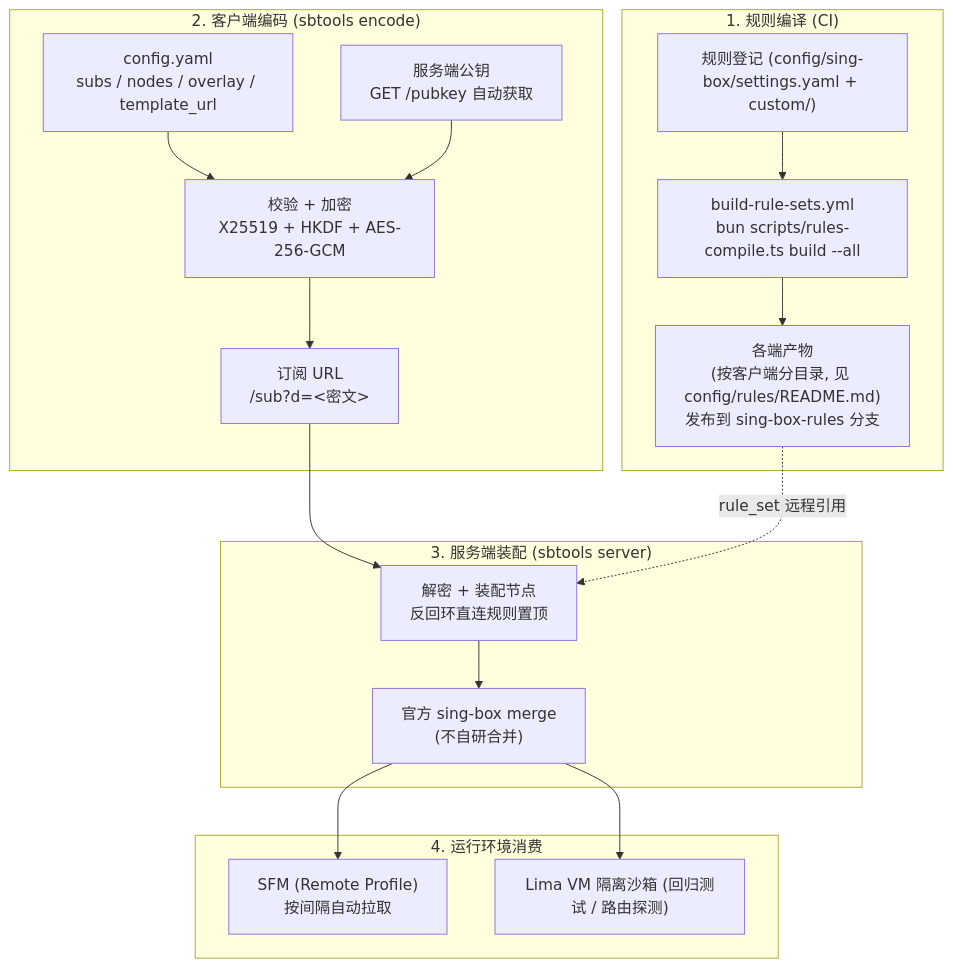
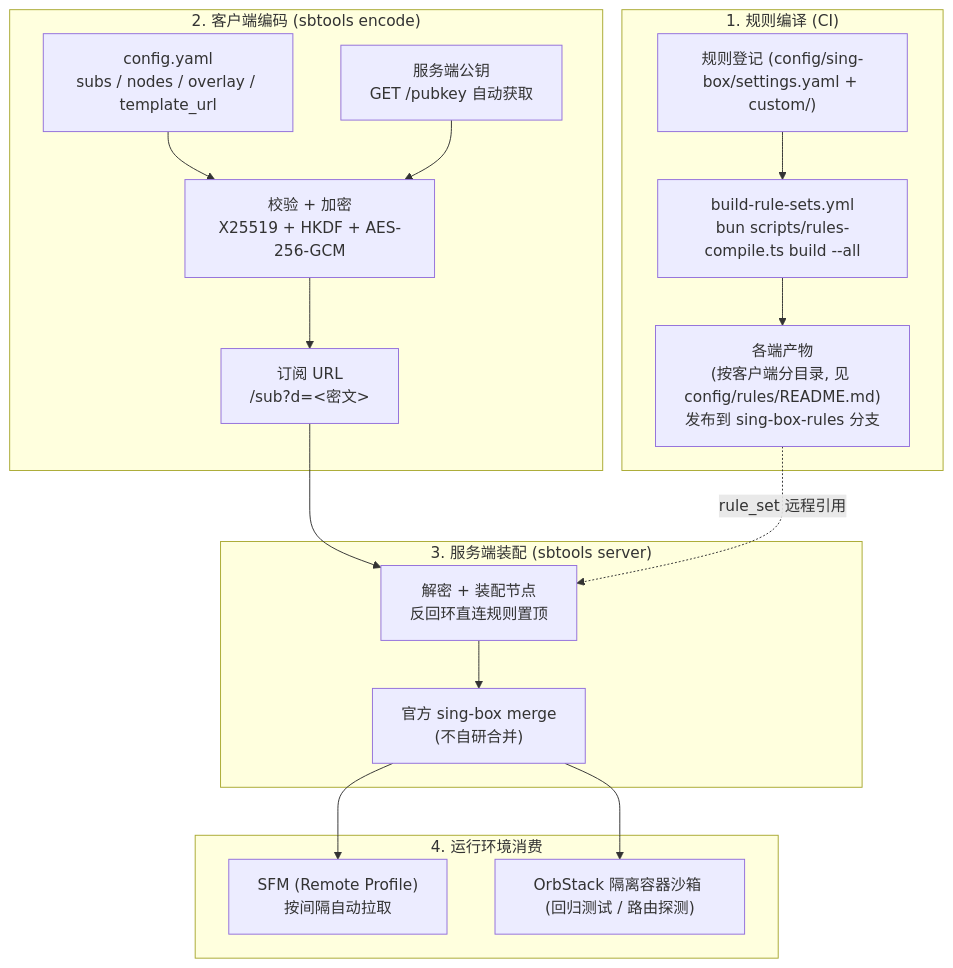
The first of 3 diagrams in docs/ARCH.md (shelken/proxy), drawn with Mermaid before and after one commit. The commit also changed other lines of this file and 37 other files, not shown here.

````diff
--- a/docs/ARCH.md
+++ b/docs/ARCH.md
@@ -24,24 +24,24 @@
 ```mermaid
 flowchart TD
     subgraph S1 ["1. 规则编译 (CI)"]
         R_SRC["规则登记 (config/sing-box/settings.yaml + custom/)"] --> GHA["build-rule-sets.yml\nbun scripts/rules-compile.ts build --all"]
         GHA --> R_BIN["各端产物\n(按客户端分目录, 见 config/rules/README.md)\n发布到 sing-box-rules 分支"]
     end
 
     subgraph S2 ["2. 客户端编码 (sbtools encode)"]
         YAML["config.yaml\nsubs / nodes / overlay / template_url"] --> ENC["校验 + 加密\nX25519 + HKDF + AES-256-GCM"]
         PK["服务端公钥\nGET /pubkey 自动获取"] --> ENC
         ENC --> URL["订阅 URL\n/sub?d=&lt;密文&gt;"]
     end
 
     subgraph S3 ["3. 服务端装配 (sbtools server)"]
         URL --> SRV["解密 + 装配节点\n反回环直连规则置顶"]
         SRV --> MG["官方 sing-box merge\n(不自研合并)"]
         R_BIN -.->|rule_set 远程引用| SRV
     end
 
     subgraph S4 ["4. 运行环境消费"]
         MG --> SFM["SFM (Remote Profile)\n按间隔自动拉取"]
-        MG --> SANDBOX["Lima VM 隔离沙箱 (回归测试 / 路由探测)"]
+        MG --> SANDBOX["OrbStack 隔离容器沙箱 (回归测试 / 路由探测)"]
     end
 ```
````
